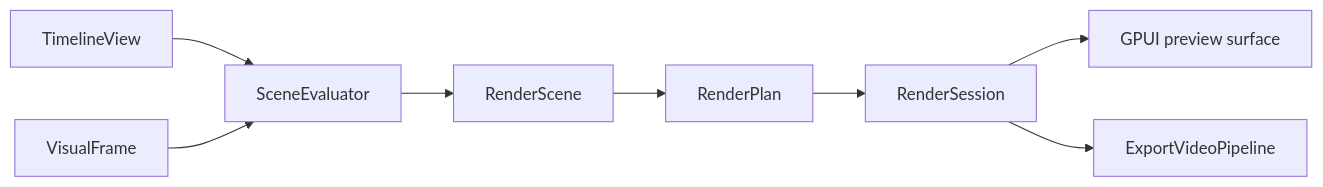
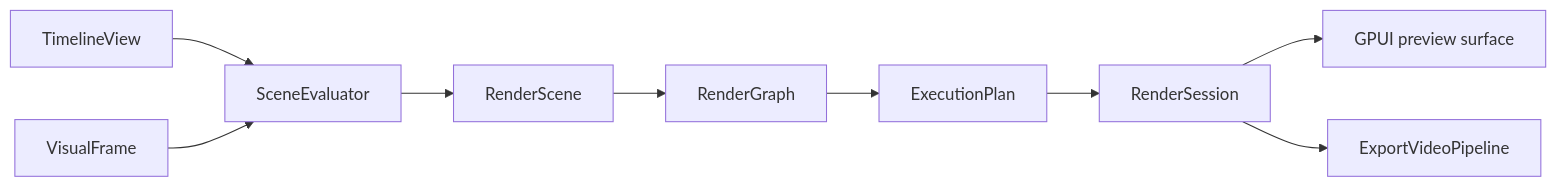
Before and after one commit to 1Step621/zerium: the diagram in docs/architecture/rendering.md, drawn with Mermaid. The commit also changed other lines of this file and 10 other files, not shown here.

````diff
--- a/docs/architecture/rendering.md
+++ b/docs/architecture/rendering.md
@@ -8,10 +8,11 @@
 ```mermaid
 flowchart LR
     Timeline[TimelineView] --> Evaluate[SceneEvaluator]
     Frames[VisualFrame] --> Evaluate
     Evaluate --> Scene[RenderScene]
-    Scene --> Plan[RenderPlan]
+    Scene --> Graph[RenderGraph]
+    Graph --> Plan[ExecutionPlan]
     Plan --> Render[RenderSession]
     Render --> Preview[GPUI preview surface]
     Render --> Export[ExportVideoPipeline]
 ```
````
